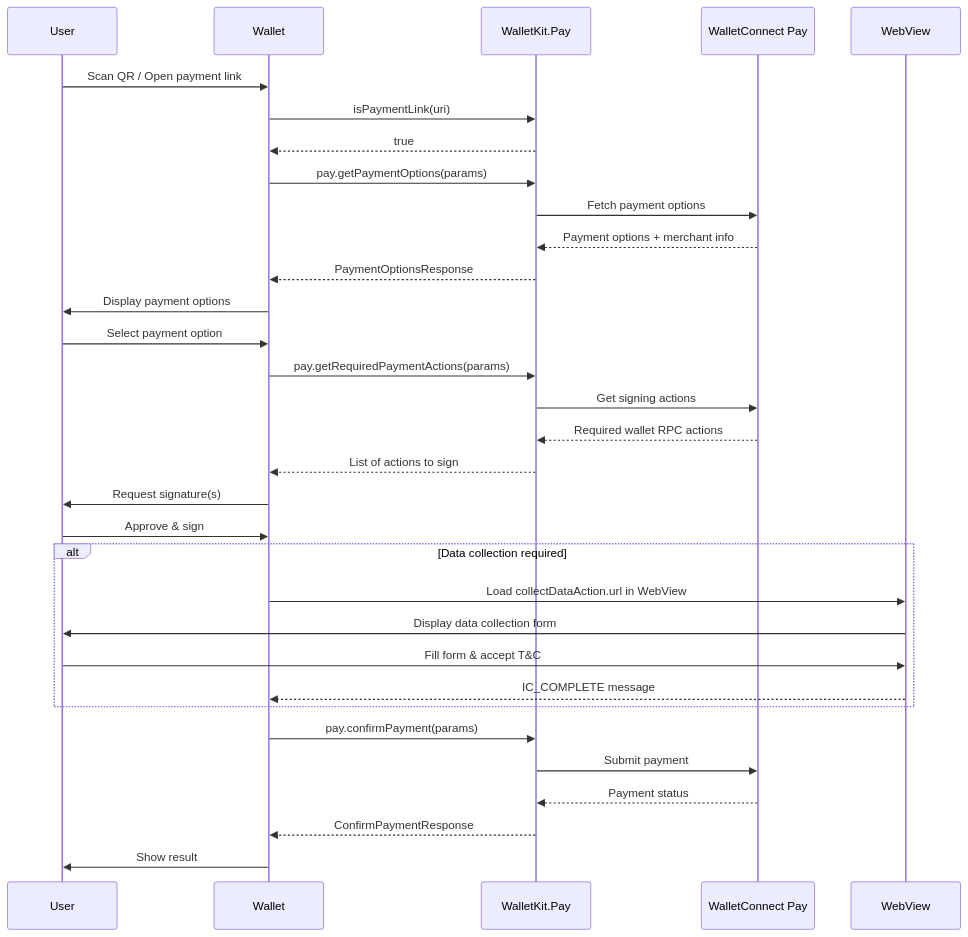
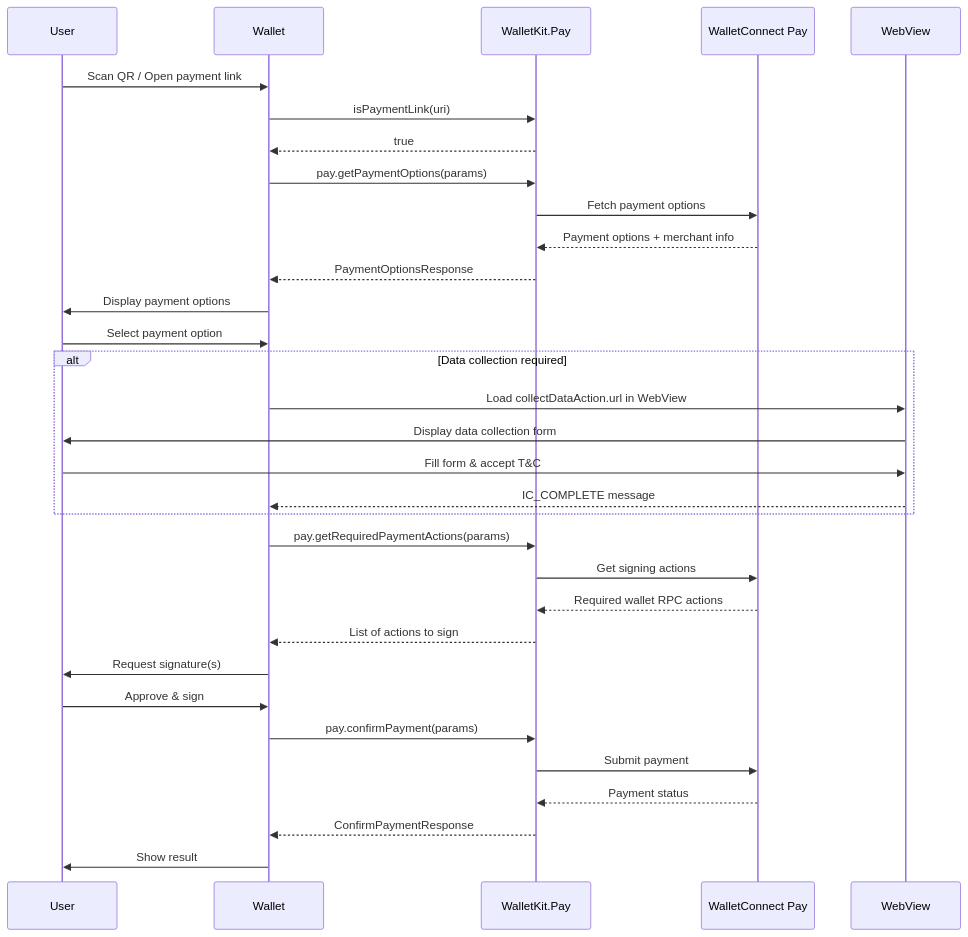
The diagram in payments/wallets/walletkit/react-native.mdx (WalletConnect/docs), drawn with Mermaid before and after one commit. The commit also changed other lines of this file and 14 other files, not shown here.

First line of the commit message:
fix(wallets): capture Information Capture before /fetch in payment flow

````diff
--- a/payments/wallets/walletkit/react-native.mdx
+++ b/payments/wallets/walletkit/react-native.mdx
@@ -107,39 +107,40 @@
 ```mermaid
 sequenceDiagram
     participant User
     participant Wallet
     participant WalletKit as WalletKit.Pay
     participant Backend as WalletConnect Pay
     participant WebView
 
     User->>Wallet: Scan QR / Open payment link
     Wallet->>WalletKit: isPaymentLink(uri)
     WalletKit-->>Wallet: true
     Wallet->>WalletKit: pay.getPaymentOptions(params)
     WalletKit->>Backend: Fetch payment options
     Backend-->>WalletKit: Payment options + merchant info
     WalletKit-->>Wallet: PaymentOptionsResponse
     Wallet->>User: Display payment options
     
     User->>Wallet: Select payment option
+
+    alt Data collection required
+        Wallet->>WebView: Load collectDataAction.url in WebView
+        WebView->>User: Display data collection form
+        User->>WebView: Fill form & accept T&C
+        WebView-->>Wallet: IC_COMPLETE message
+    end
+
     Wallet->>WalletKit: pay.getRequiredPaymentActions(params)
     WalletKit->>Backend: Get signing actions
     Backend-->>WalletKit: Required wallet RPC actions
     WalletKit-->>Wallet: List of actions to sign
     
     Wallet->>User: Request signature(s)
     User->>Wallet: Approve & sign
     
-    alt Data collection required
-        Wallet->>WebView: Load collectDataAction.url in WebView
-        WebView->>User: Display data collection form
-        User->>WebView: Fill form & accept T&C
-        WebView-->>Wallet: IC_COMPLETE message
-    end
-    
     Wallet->>WalletKit: pay.confirmPayment(params)
     WalletKit->>Backend: Submit payment
     Backend-->>WalletKit: Payment status
     WalletKit-->>Wallet: ConfirmPaymentResponse
     Wallet->>User: Show result
 ```
````
